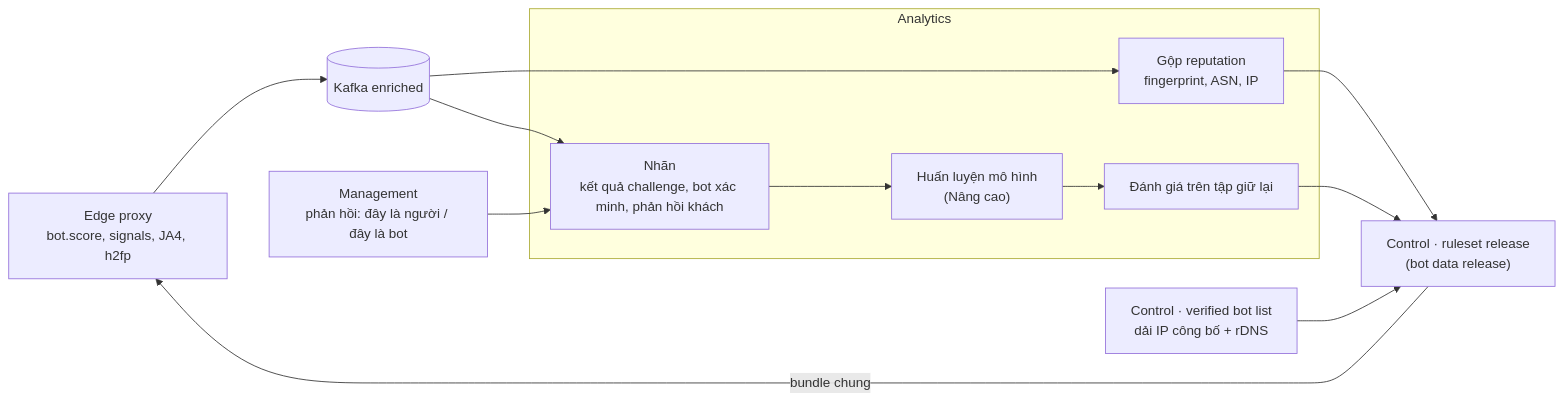
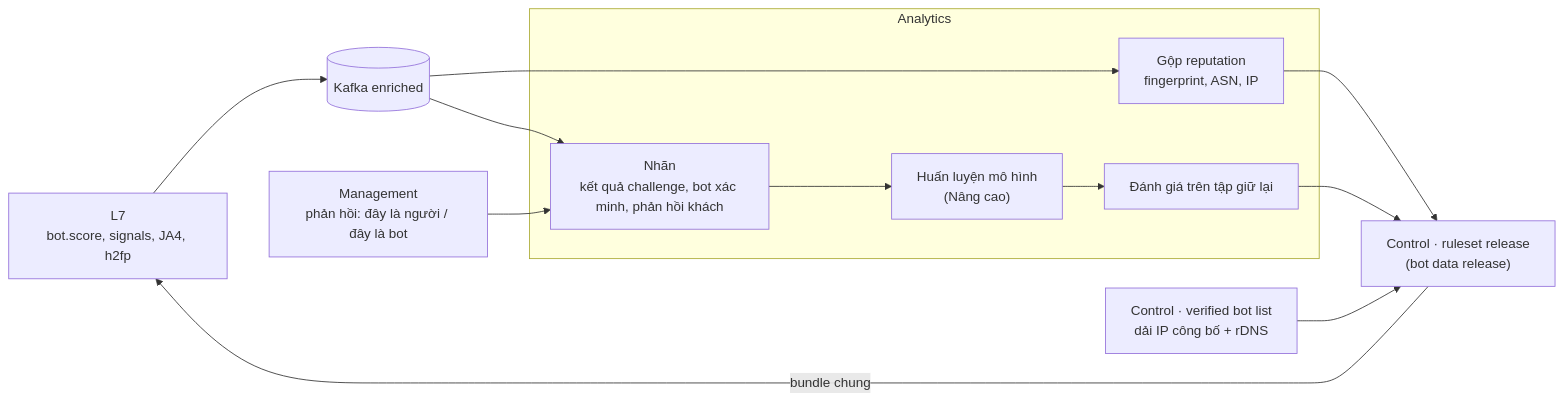
The diagram in docs/architecture/08-cross-cutting/16-bot-management.md (metap-org/metap-demo-waf), drawn with Mermaid before and after one commit. The commit also changed other lines of this file and 38 other files, not shown here.

First line of the commit message:
docs: rename the edge proxy tier to L7

````diff
--- a/docs/architecture/08-cross-cutting/16-bot-management.md
+++ b/docs/architecture/08-cross-cutting/16-bot-management.md
@@ -94,22 +94,22 @@
 ```mermaid
 flowchart LR
-    edge["Edge proxy<br/>bot.score, signals, JA4, h2fp"]
+    edge["L7<br/>bot.score, signals, JA4, h2fp"]
     k[("Kafka enriched")]
     subgraph AN["Analytics"]
         agg["Gộp reputation<br/>fingerprint, ASN, IP"]
         lab["Nhãn<br/>kết quả challenge, bot xác minh, phản hồi khách"]
         tr["Huấn luyện mô hình<br/>(Nâng cao)"]
         ev["Đánh giá trên tập giữ lại"]
     end
     rel["Control · ruleset release<br/>(bot data release)"]
     ver["Control · verified bot list<br/>dải IP công bố + rDNS"]
     mg["Management<br/>phản hồi: đây là người / đây là bot"]
 
     edge --> k --> agg
     k --> lab
     mg --> lab
     lab --> tr --> ev --> rel
     agg --> rel
     ver --> rel
     rel -->|bundle chung| edge
 ```
````
